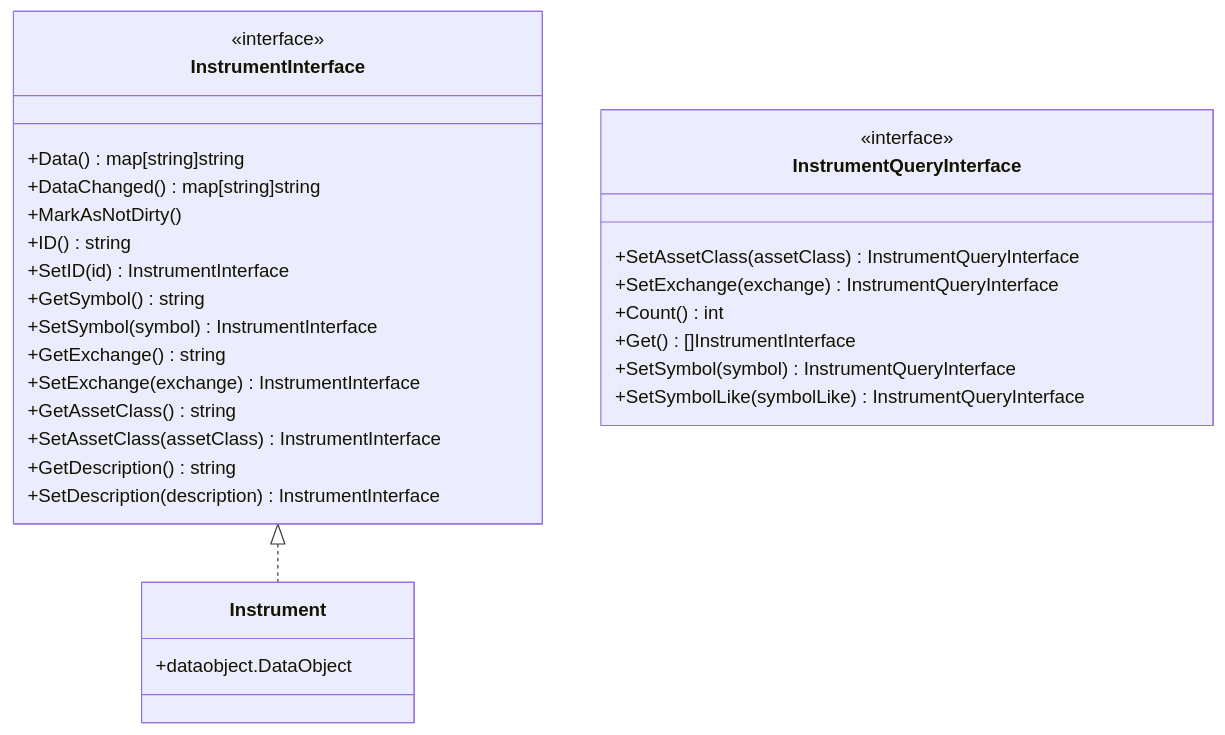
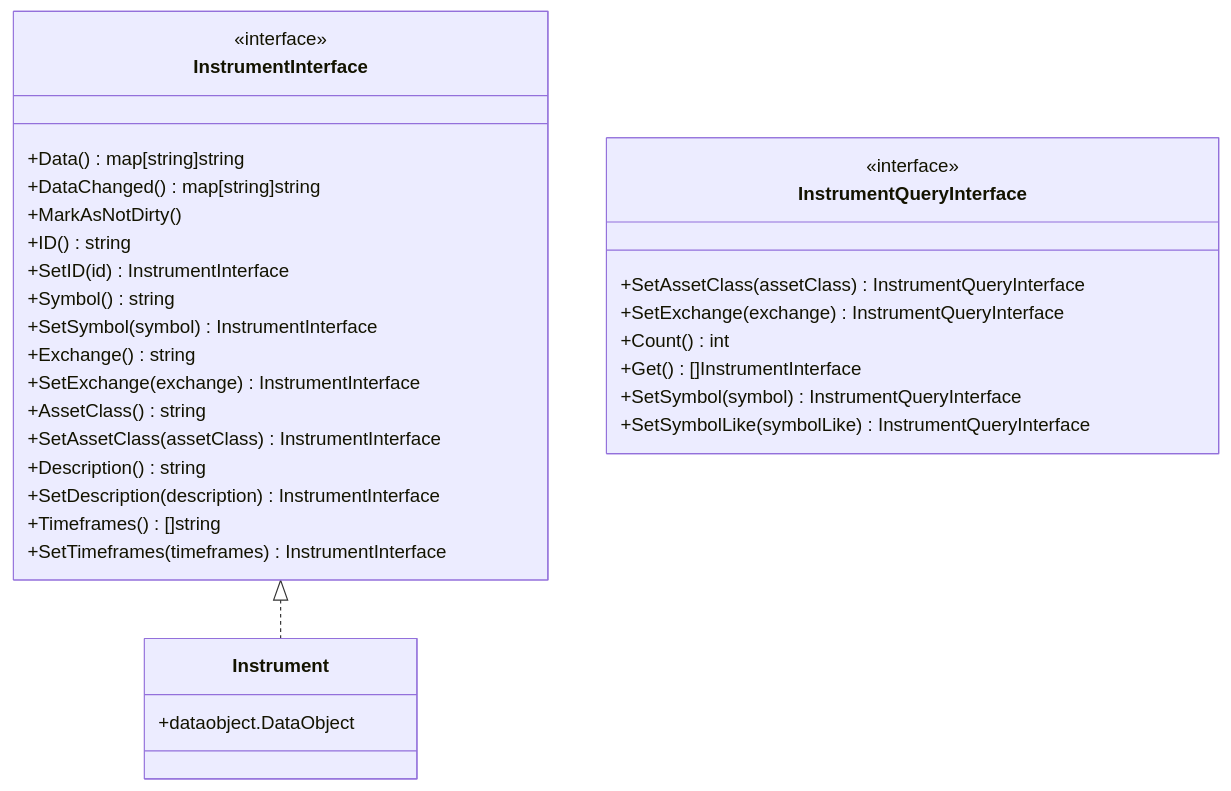
One commit to dracory/tradingstore changed the third of 3 diagrams in README.md. Above: the diagram before and after it, drawn with Mermaid. The commit also changed other lines of this file and 1 other file, not shown here.

````diff
--- a/README.md
+++ b/README.md
@@ -244,35 +253,37 @@
 ```mermaid
 classDiagram
     class InstrumentInterface {
         <<interface>>
         +Data() map[string]string
         +DataChanged() map[string]string
         +MarkAsNotDirty()
         +ID() string
         +SetID(id) InstrumentInterface
-        +GetSymbol() string
+        +Symbol() string
         +SetSymbol(symbol) InstrumentInterface
-        +GetExchange() string
+        +Exchange() string
         +SetExchange(exchange) InstrumentInterface
-        +GetAssetClass() string
+        +AssetClass() string
         +SetAssetClass(assetClass) InstrumentInterface
-        +GetDescription() string
+        +Description() string
         +SetDescription(description) InstrumentInterface
+        +Timeframes() []string
+        +SetTimeframes(timeframes) InstrumentInterface
     }
 
     class Instrument {
         +dataobject.DataObject
     }
 
     class InstrumentQueryInterface {
         <<interface>>
         +SetAssetClass(assetClass) InstrumentQueryInterface
         +SetExchange(exchange) InstrumentQueryInterface
         +Count() int
         +Get() []InstrumentInterface
         +SetSymbol(symbol) InstrumentQueryInterface
         +SetSymbolLike(symbolLike) InstrumentQueryInterface
     }
 
     InstrumentInterface <|.. Instrument
 ```
````
